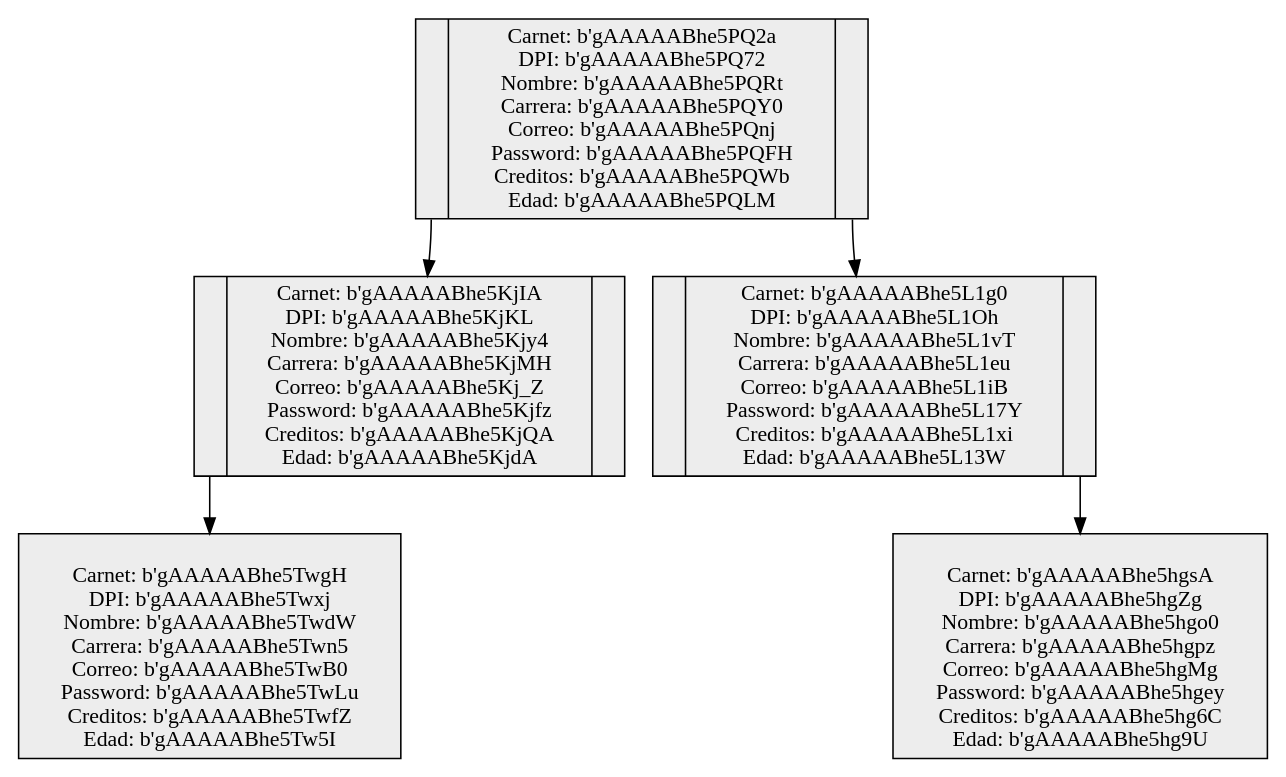
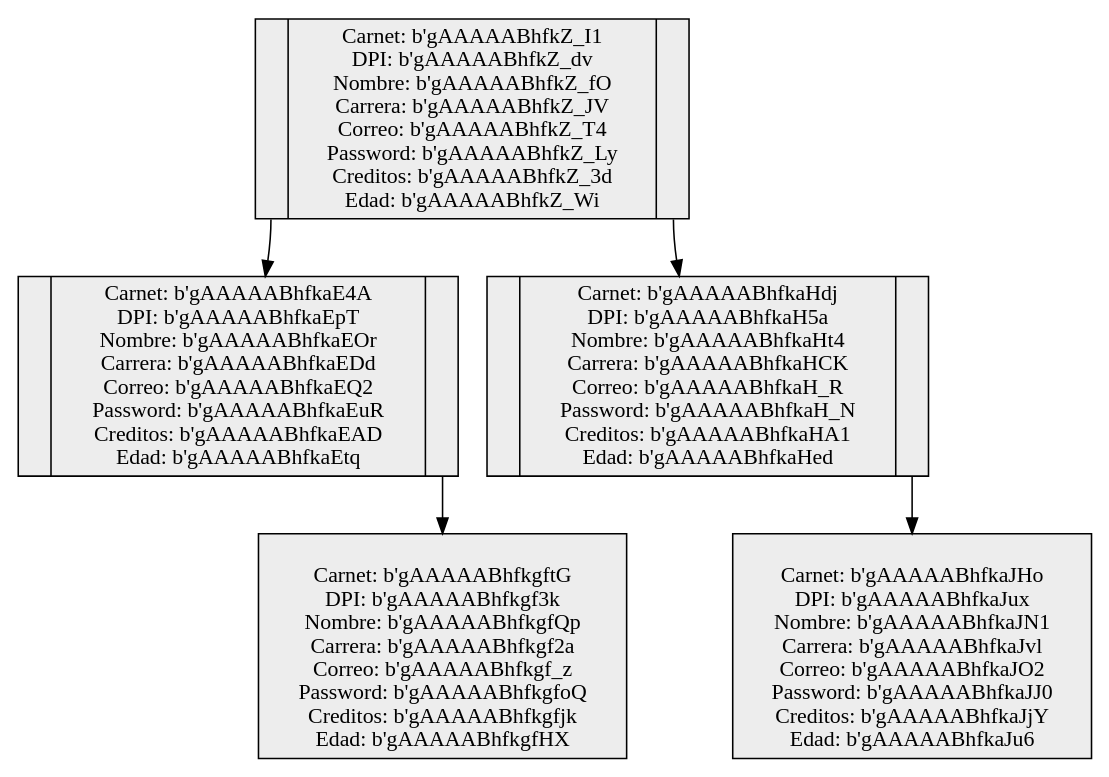
The diagram in FASE 2/FRONTEND/front/src/assets/ArbolAVLEncrypt.dot (BrayanPradoMarroquin/EDD_SmartClass_201801369), drawn with Graphviz before and after one commit. The commit also changed 42 other files, not shown here.

```diff
--- a/FASE 2/FRONTEND/front/src/assets/ArbolAVLEncrypt.dot
+++ b/FASE 2/FRONTEND/front/src/assets/ArbolAVLEncrypt.dot
@@ -1,13 +1,13 @@
 digraph G { 
 rankdir=TB; 
 node [shape = record, color=black , style=filled, fillcolor=gray93];
-nodo201801603 [ label ="<C0>| Carnet: b'gAAAAABhe5PQ2a\n DPI: b'gAAAAABhe5PQ72\n Nombre: b'gAAAAABhe5PQRt\n Carrera: b'gAAAAABhe5PQY0\n Correo: b'gAAAAABhe5PQnj\n Password: b'gAAAAABhe5PQFH\n Creditos: b'gAAAAABhe5PQWb\n Edad: b'gAAAAABhe5PQLM|<C1>"];
-nodo201801369 [ label ="<C0>| Carnet: b'gAAAAABhe5KjIA\n DPI: b'gAAAAABhe5KjKL\n Nombre: b'gAAAAABhe5Kjy4\n Carrera: b'gAAAAABhe5KjMH\n Correo: b'gAAAAABhe5Kj_Z\n Password: b'gAAAAABhe5Kjfz\n Creditos: b'gAAAAABhe5KjQA\n Edad: b'gAAAAABhe5KjdA|<C1>"];
-nodo201801146[ label="\n Carnet: b'gAAAAABhe5TwgH\n DPI: b'gAAAAABhe5Twxj\n Nombre: b'gAAAAABhe5TwdW\n Carrera: b'gAAAAABhe5Twn5\n Correo: b'gAAAAABhe5TwB0\n Password: b'gAAAAABhe5TwLu\n Creditos: b'gAAAAABhe5TwfZ\n Edad: b'gAAAAABhe5Tw5I"]; 
-nodo201801369:C0->nodo201801146
-nodo201801603:C0->nodo201801369
-nodo201801627 [ label ="<C0>| Carnet: b'gAAAAABhe5L1g0\n DPI: b'gAAAAABhe5L1Oh\n Nombre: b'gAAAAABhe5L1vT\n Carrera: b'gAAAAABhe5L1eu\n Correo: b'gAAAAABhe5L1iB\n Password: b'gAAAAABhe5L17Y\n Creditos: b'gAAAAABhe5L1xi\n Edad: b'gAAAAABhe5L13W|<C1>"];
-nodo20180596[ label="\n Carnet: b'gAAAAABhe5hgsA\n DPI: b'gAAAAABhe5hgZg\n Nombre: b'gAAAAABhe5hgo0\n Carrera: b'gAAAAABhe5hgpz\n Correo: b'gAAAAABhe5hgMg\n Password: b'gAAAAABhe5hgey\n Creditos: b'gAAAAABhe5hg6C\n Edad: b'gAAAAABhe5hg9U"]; 
-nodo201801627:C1->nodo20180596
-nodo201801603:C1->nodo201801627
+nodo201822186 [ label ="<C0>| Carnet: b'gAAAAABhfkZ_I1\n DPI: b'gAAAAABhfkZ_dv\n Nombre: b'gAAAAABhfkZ_fO\n Carrera: b'gAAAAABhfkZ_JV\n Correo: b'gAAAAABhfkZ_T4\n Password: b'gAAAAABhfkZ_Ly\n Creditos: b'gAAAAABhfkZ_3d\n Edad: b'gAAAAABhfkZ_Wi|<C1>"];
+nodo201722412 [ label ="<C0>| Carnet: b'gAAAAABhfkaE4A\n DPI: b'gAAAAABhfkaEpT\n Nombre: b'gAAAAABhfkaEOr\n Carrera: b'gAAAAABhfkaEDd\n Correo: b'gAAAAABhfkaEQ2\n Password: b'gAAAAABhfkaEuR\n Creditos: b'gAAAAABhfkaEAD\n Edad: b'gAAAAABhfkaEtq|<C1>"];
+nodo201801369[ label="\n Carnet: b'gAAAAABhfkgftG\n DPI: b'gAAAAABhfkgf3k\n Nombre: b'gAAAAABhfkgfQp\n Carrera: b'gAAAAABhfkgf2a\n Correo: b'gAAAAABhfkgf_z\n Password: b'gAAAAABhfkgfoQ\n Creditos: b'gAAAAABhfkgfjk\n Edad: b'gAAAAABhfkgfHX"]; 
+nodo201722412:C1->nodo201801369
+nodo201822186:C0->nodo201722412
+nodo20210000003 [ label ="<C0>| Carnet: b'gAAAAABhfkaHdj\n DPI: b'gAAAAABhfkaH5a\n Nombre: b'gAAAAABhfkaHt4\n Carrera: b'gAAAAABhfkaHCK\n Correo: b'gAAAAABhfkaH_R\n Password: b'gAAAAABhfkaH_N\n Creditos: b'gAAAAABhfkaHA1\n Edad: b'gAAAAABhfkaHed|<C1>"];
+nodo20210000004[ label="\n Carnet: b'gAAAAABhfkaJHo\n DPI: b'gAAAAABhfkaJux\n Nombre: b'gAAAAABhfkaJN1\n Carrera: b'gAAAAABhfkaJvl\n Correo: b'gAAAAABhfkaJO2\n Password: b'gAAAAABhfkaJJ0\n Creditos: b'gAAAAABhfkaJjY\n Edad: b'gAAAAABhfkaJu6"]; 
+nodo20210000003:C1->nodo20210000004
+nodo201822186:C1->nodo20210000003
 } 
```
